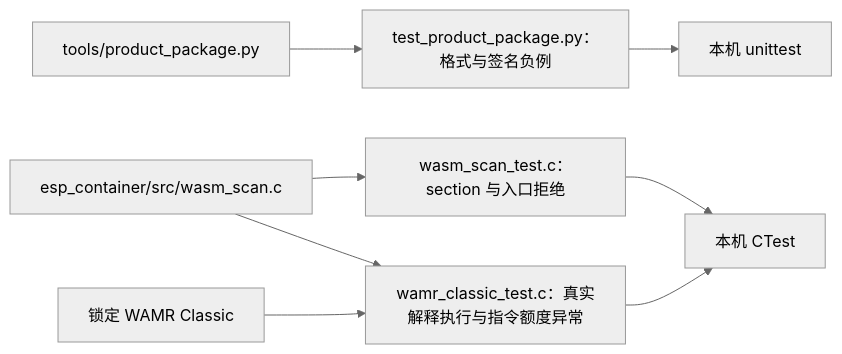
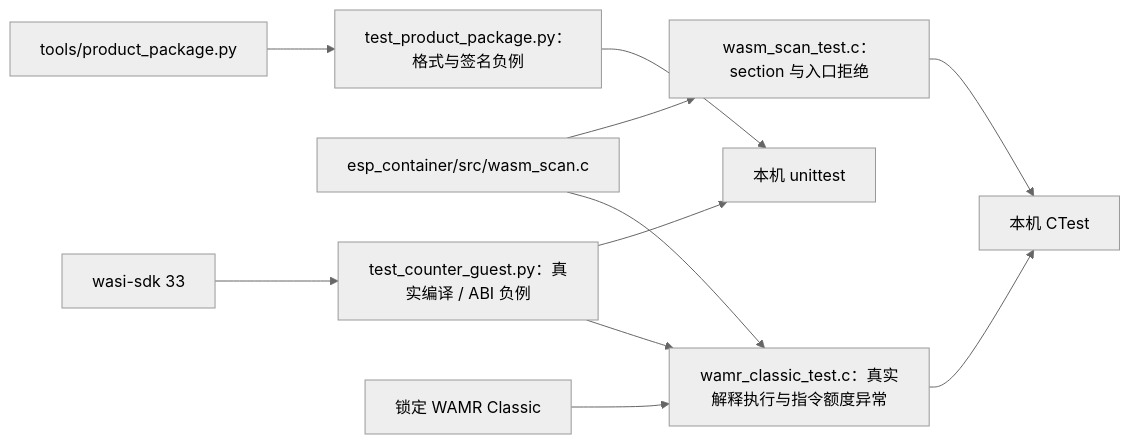
Before and after one commit to darren-you/esp-container: the diagram in tests/README.md, drawn with Mermaid (neutral theme). The commit also changed other lines of this file and 12 other files, not shown here.

First line of the commit message:
固定 counter guest 编译与静态 ABI 检查并验证 WAMR 主机执行

````diff
--- a/tests/README.md
+++ b/tests/README.md
@@ -5,10 +5,13 @@
 ```mermaid
 flowchart LR
     package["tools/product_package.py"] --> py["test_product_package.py：格式与签名负例"]
     scanner["esp_container/src/wasm_scan.c"] --> c["wasm_scan_test.c：section 与入口拒绝"]
+    wasi["wasi-sdk 33"] --> guest["test_counter_guest.py：真实编译 / ABI 负例"]
+    guest --> host
     wamr["锁定 WAMR Classic"] --> runtime["wamr_classic_test.c：真实解释执行与指令额度异常"]
+    guest --> runtime
     scanner --> runtime
     py --> host["本机 unittest"]
     c --> ctest["本机 CTest"]
     runtime --> ctest
 ```
````
